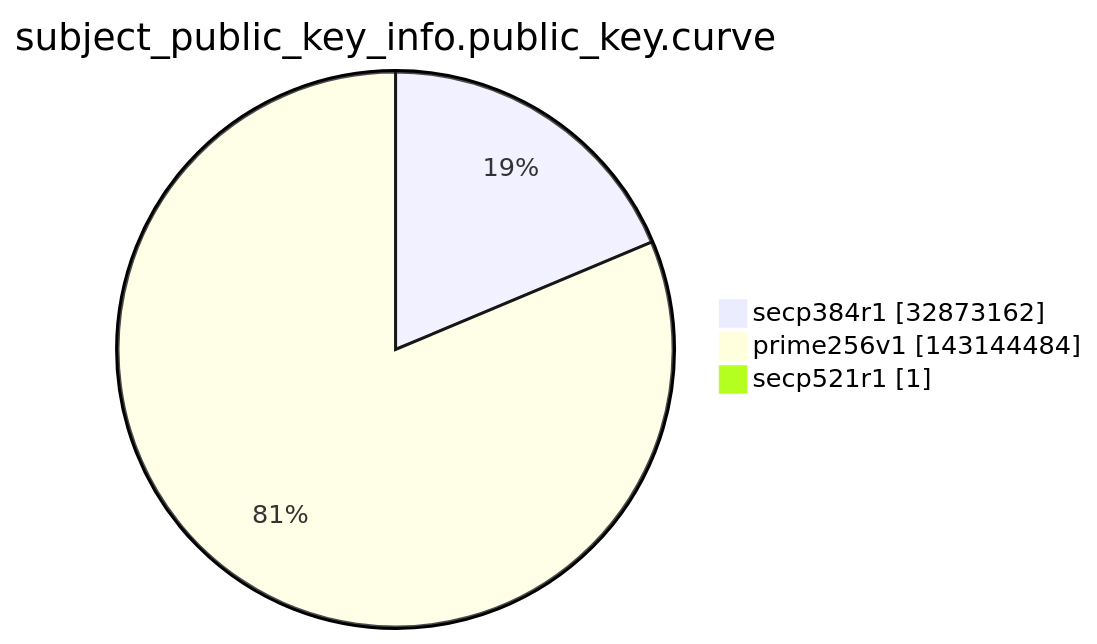
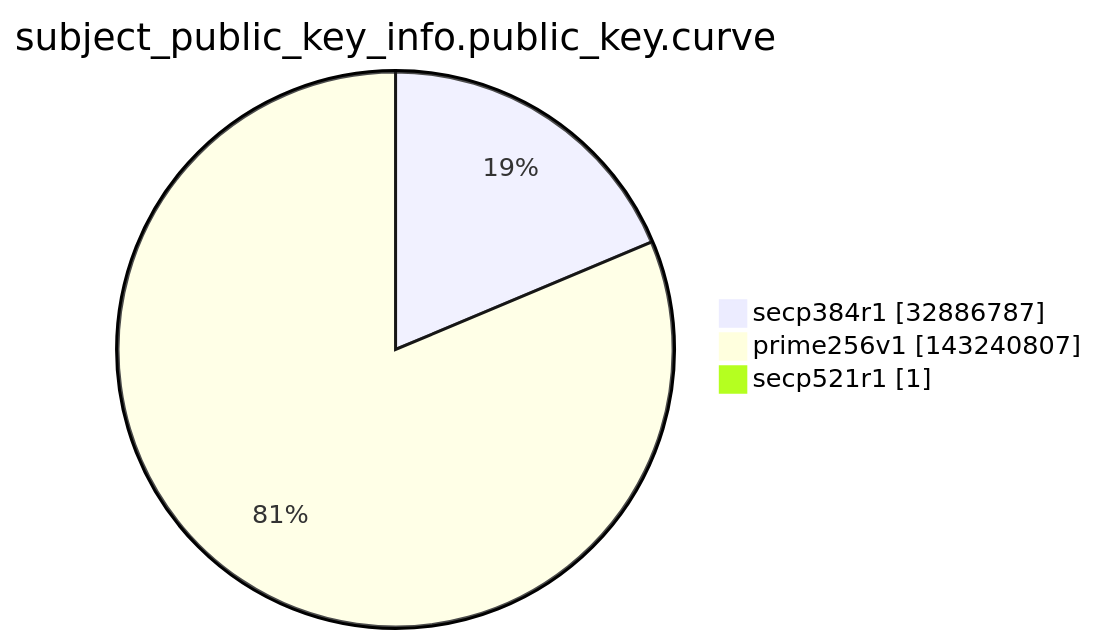
Before and after one commit to christiankrug/ctmonitor_visualization: the ninth of 15 diagrams in argon2022/README.md, drawn with Mermaid. The commit also changed other lines of this file, not shown here.

````diff
--- a/argon2022/README.md
+++ b/argon2022/README.md
@@ -2764,7 +2764,7 @@
 ```mermaid
 pie showData
 title subject_public_key_info.public_key.curve
-"secp384r1" :32873162
-"prime256v1" :143144484
+"secp384r1" :32886787
+"prime256v1" :143240807
 "secp521r1" :1
 ```
````
